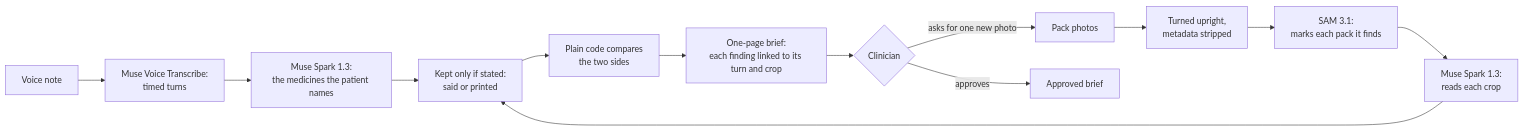
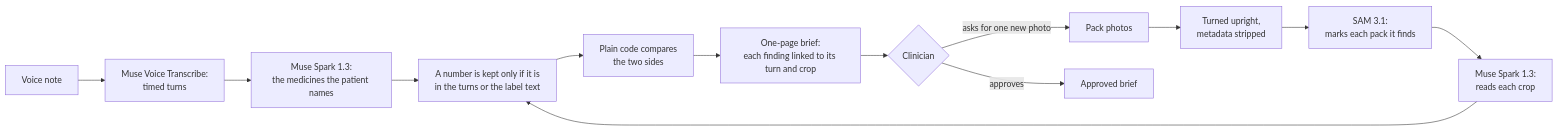
One commit to DrAhmed7887/anamnesis changed the diagram in README.md. Above: the diagram before and after it, drawn with Mermaid. The commit also changed other lines of this file and 1 other file, not shown here.

````diff
--- a/README.md
+++ b/README.md
@@ -19,15 +19,15 @@
 ```mermaid
 flowchart LR
     voice["Voice note"] --> vt["Muse Voice Transcribe:<br/>timed turns"]
     vt --> cx["Muse Spark 1.3:<br/>the medicines the patient names"]
     photo["Pack photos"] --> clean["Turned upright,<br/>metadata stripped"]
     clean --> sam["SAM 3.1:<br/>marks each pack it finds"]
     sam --> rd["Muse Spark 1.3:<br/>reads each crop"]
-    cx --> st["Kept only if stated:<br/>said or printed"]
+    cx --> st["A number is kept only if it is<br/>in the turns or the label text"]
     rd --> st
     st --> cmp["Plain code compares<br/>the two sides"]
     cmp --> brief["One-page brief:<br/>each finding linked to its turn and crop"]
     brief --> doc{"Clinician"}
     doc -- "asks for one new photo" --> photo
     doc -- "approves" --> signed["Approved brief"]
 ```
````
